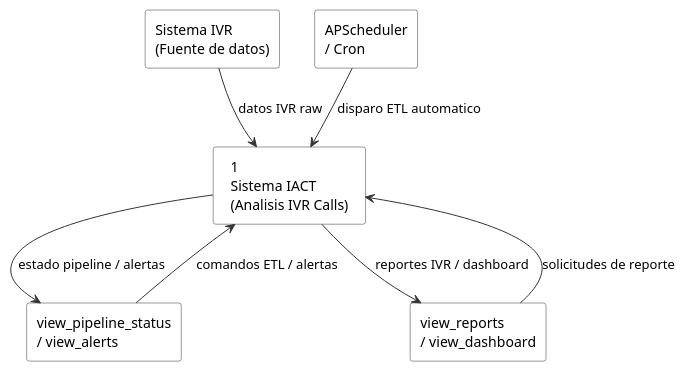
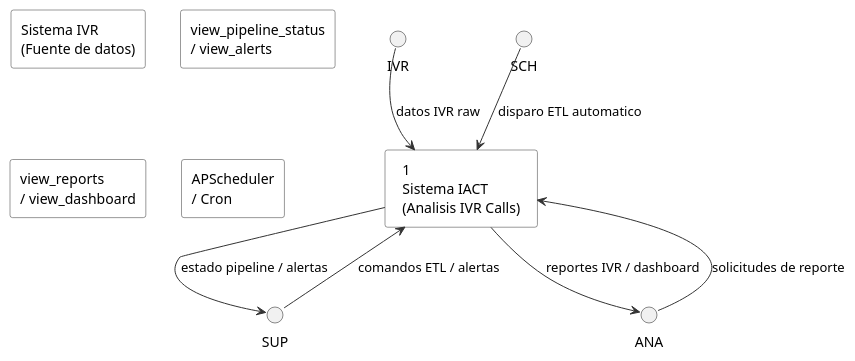
One commit to jcg-admin/IACT-docs changed the diagram in source/arquitectura-tecnica/ArquitecturaSistema/dfd-nivel-0-contexto.rst. Above: the diagram before and after it, drawn with PlantUML. The commit also changed 47 other files, not shown here.

First line of the commit message:
Fix cryptic PlantUML aliases in UC and architecture files (STD_011)

```diff
--- a/source/arquitectura-tecnica/ArquitecturaSistema/dfd-nivel-0-contexto.rst
+++ b/source/arquitectura-tecnica/ArquitecturaSistema/dfd-nivel-0-contexto.rst
@@ -28,26 +28,26 @@
 .. uml::
  :caption: Figura 2 — DFD Nivel 0: Sistema IACT como caja negra
 
  @startuml
  skinparam rectangle {
    BackgroundColor white
    BorderColor #333333
    RoundCorner 5
  }
  skinparam arrowColor #333333
 
- rectangle "Sistema IVR\n(Fuente de datos)" as IVR
- rectangle "view_pipeline_status\n/ view_alerts" as SUP
- rectangle "view_reports\n/ view_dashboard" as ANA
- rectangle "APScheduler\n/ Cron" as SCH
+ rectangle "Sistema IVR\n(Fuente de datos)" as SistemaIVR
+ rectangle "view_pipeline_status\n/ view_alerts" as SupervisorSistema
+ rectangle "view_reports\n/ view_dashboard" as AnalistaReportes
+ rectangle "APScheduler\n/ Cron" as DisparadorScheduler
 
  rectangle "  1\n  Sistema IACT\n  (Analisis IVR Calls)  " as IACT
 
  IVR --> IACT : datos IVR raw
  SUP --> IACT : comandos ETL / alertas
  ANA --> IACT : solicitudes de reporte
  SCH --> IACT : disparo ETL automatico
  IACT --> SUP : estado pipeline / alertas
  IACT --> ANA : reportes IVR / dashboard
 
  @enduml
```
